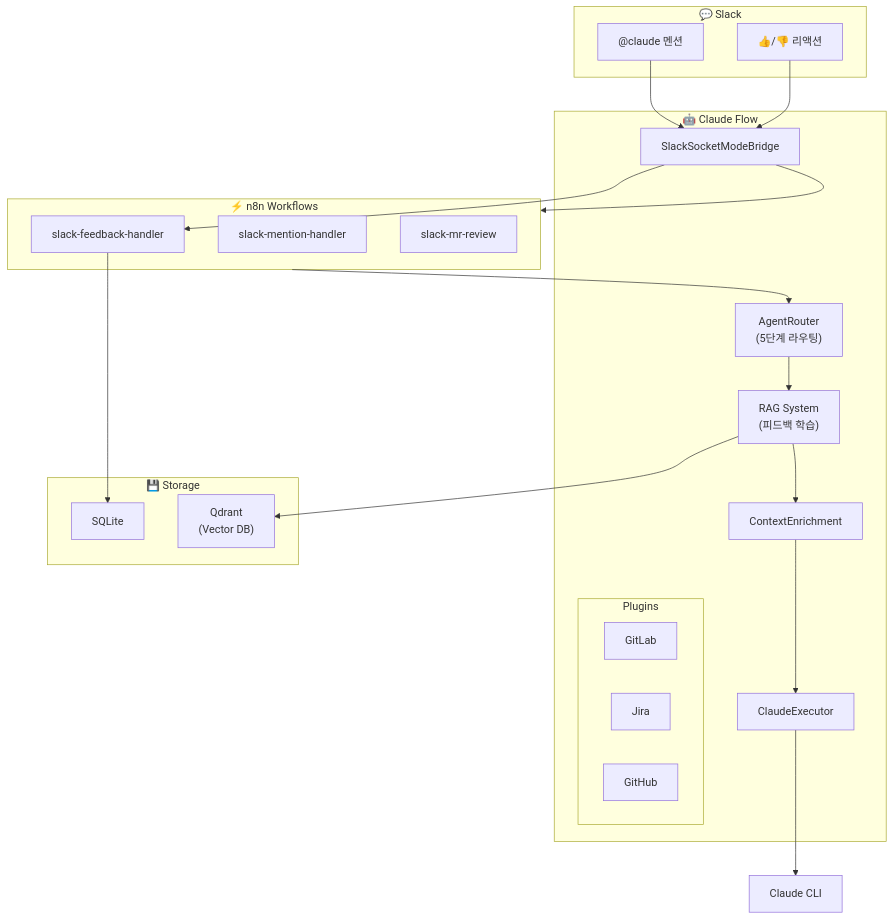
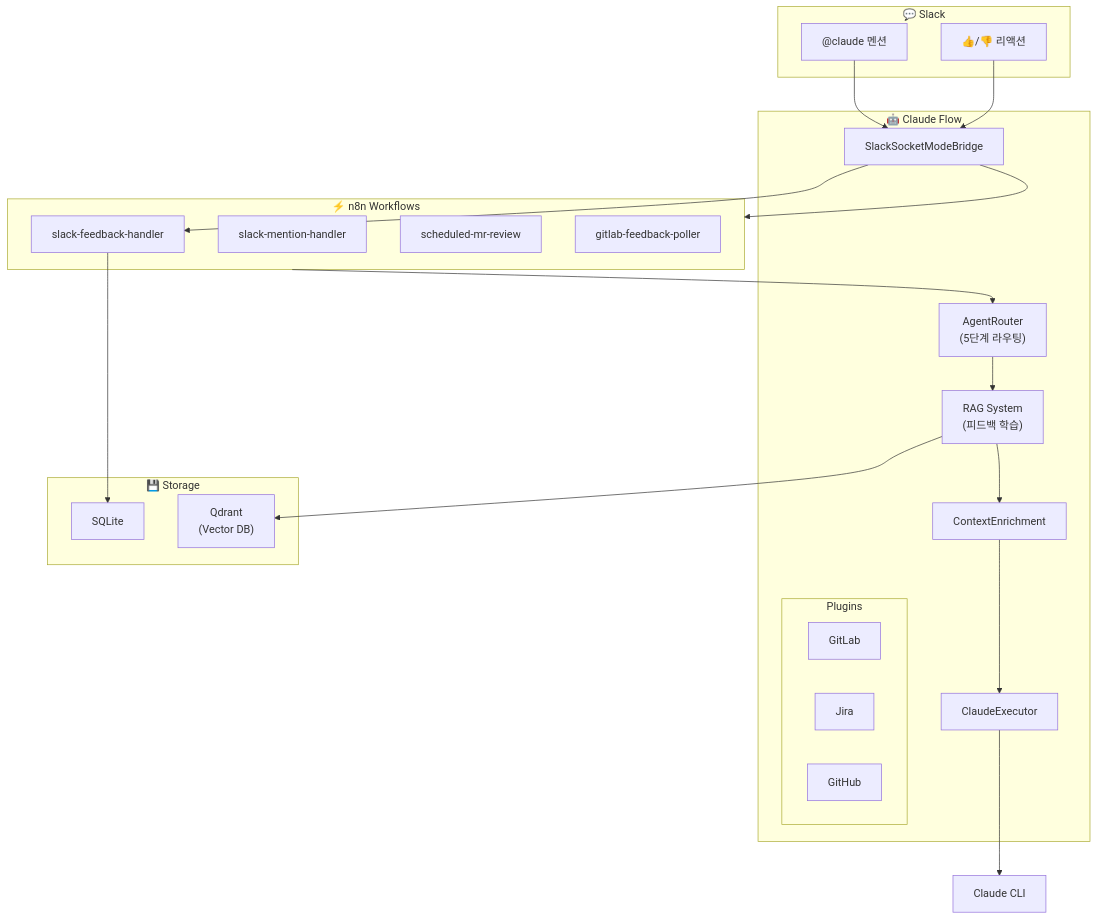
One commit to Gyeom/claude-flow changed the diagram in README.md. Above: the diagram before and after it, drawn with Mermaid. The commit also changed other lines of this file and 8 other files, not shown here.

````diff
--- a/README.md
+++ b/README.md
@@ -266,40 +289,41 @@
 ```mermaid
 flowchart TB
     subgraph Slack["💬 Slack"]
         Mention["@claude 멘션"]
         Reaction["👍/👎 리액션"]
     end
 
     subgraph ClaudeFlow["🤖 Claude Flow"]
         Bridge["SlackSocketModeBridge"]
         Router["AgentRouter<br/>(5단계 라우팅)"]
         RAG["RAG System<br/>(피드백 학습)"]
         Enrichment["ContextEnrichment"]
         Executor["ClaudeExecutor"]
 
         subgraph Plugins["Plugins"]
             GitLab["GitLab"]
             Jira["Jira"]
             GitHub["GitHub"]
         end
     end
 
     subgraph n8n["⚡ n8n Workflows"]
         WF1["slack-mention-handler"]
         WF2["slack-feedback-handler"]
-        WF3["slack-mr-review"]
+        WF3["scheduled-mr-review"]
+        WF4["gitlab-feedback-poller"]
     end
 
     subgraph Storage["💾 Storage"]
         SQLite["SQLite"]
         Qdrant["Qdrant<br/>(Vector DB)"]
     end
 
     Mention --> Bridge --> n8n
     Reaction --> Bridge --> WF2
     n8n --> Router
     Router --> RAG --> Enrichment --> Executor
     Executor --> Claude["Claude CLI"]
     WF2 --> SQLite
     RAG --> Qdrant
 ```
````
